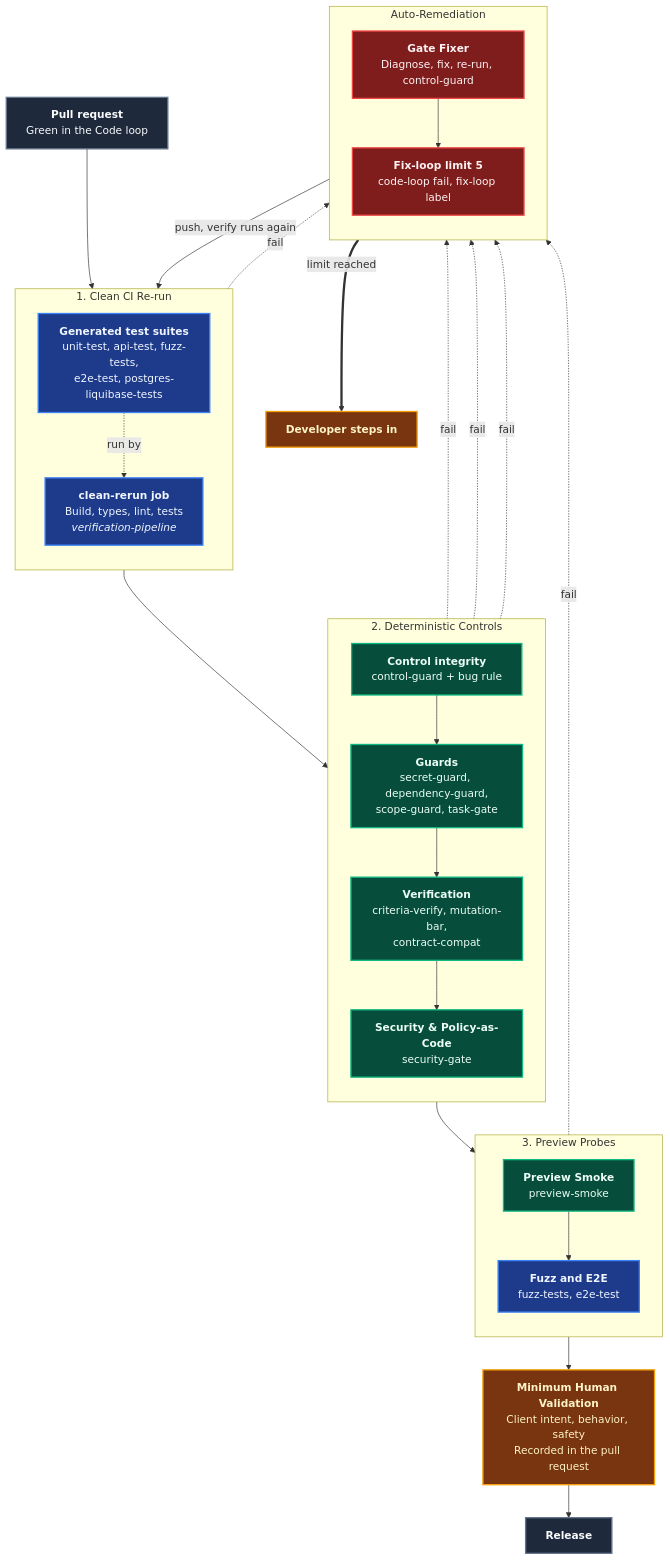
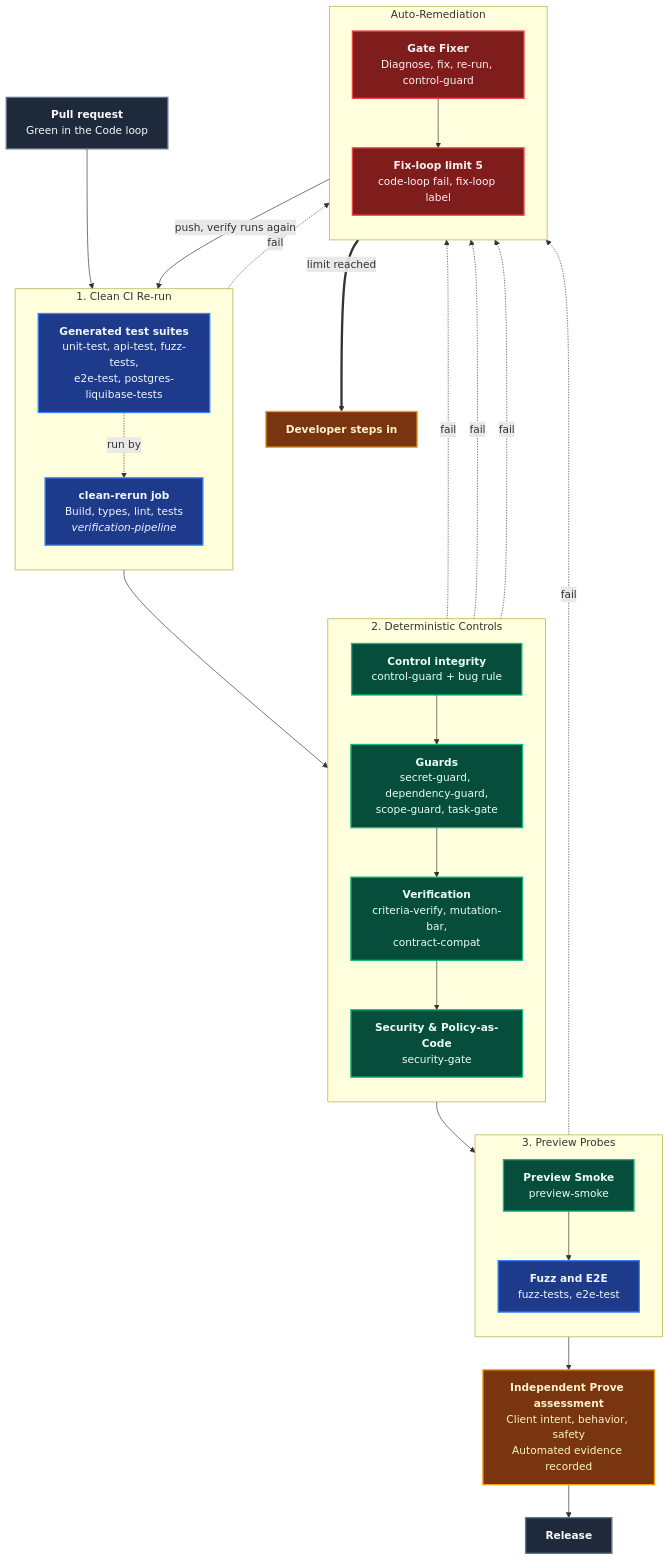
Before and after one commit to ALTEN-group/coding-pal: the first of 4 diagrams in website/docs/guide/domain-prove.md, drawn with Mermaid. The commit also changed other lines of this file and 45 other files, not shown here.

````diff
--- a/website/docs/guide/domain-prove.md
+++ b/website/docs/guide/domain-prove.md
@@ -12,60 +12,60 @@
 ```mermaid
 ---
-caption: Prove Controls, Auto-Remediation and Human Validation
+caption: Prove Controls, Auto-Remediation and Independent Assessment
 ---
 flowchart TD
     PR["<b>Pull request</b><br/>Green in the Code loop"]
 
     subgraph Rerun ["1. Clean CI Re-run"]
         direction TB
         CLEAN["<b>clean-rerun job</b><br/>Build, types, lint, tests<br/><i>verification-pipeline</i>"]
         TESTS["<b>Generated test suites</b><br/>unit-test, api-test, fuzz-tests,<br/>e2e-test, postgres-liquibase-tests"]
     end
 
     subgraph Controls ["2. Deterministic Controls"]
         direction TB
         INTEG["<b>Control integrity</b><br/>control-guard + bug rule"]
         GUARDS["<b>Guards</b><br/>secret-guard, dependency-guard,<br/>scope-guard, task-gate"]
         VERIF["<b>Verification</b><br/>criteria-verify, mutation-bar,<br/>contract-compat"]
         SEC["<b>Security & Policy-as-Code</b><br/>security-gate"]
     end
 
     subgraph Preview ["3. Preview Probes"]
         direction TB
         SMOKE["<b>Preview Smoke</b><br/>preview-smoke"]
         PROBES["<b>Fuzz and E2E</b><br/>fuzz-tests, e2e-test"]
     end
 
     subgraph Fix ["Auto-Remediation"]
         direction TB
         GF["<b>Gate Fixer</b><br/>Diagnose, fix, re-run, control-guard"]
         LIM["<b>Fix-loop limit 5</b><br/>code-loop fail, fix-loop label"]
     end
 
-    HUMAN["<b>Minimum Human Validation</b><br/>Client intent, behavior, safety<br/>Recorded in the pull request"]
+    HUMAN["<b>Independent Prove assessment</b><br/>Client intent, behavior, safety<br/>Automated evidence recorded"]
     REL["<b>Release</b>"]
 
     PR --> CLEAN
     TESTS -.->|"run by"| CLEAN
     CLEAN --> INTEG --> GUARDS --> VERIF --> SEC --> SMOKE --> PROBES --> HUMAN --> REL
     CLEAN -.->|"fail"| GF
     INTEG -.->|"fail"| GF
     VERIF -.->|"fail"| GF
     SEC -.->|"fail"| GF
     SMOKE -.->|"fail"| GF
     GF -->|"push, verify runs again"| CLEAN
     GF --> LIM
     LIM ==>|"limit reached"| DEV["<b>Developer steps in</b>"]
 
     classDef stage fill:#1e3a8a,stroke:#3b82f6,stroke-width:2px,color:#eff6ff;
     classDef control fill:#064e3b,stroke:#10b981,stroke-width:2px,color:#ecfdf5;
     classDef input fill:#1e293b,stroke:#64748b,stroke-width:2px,color:#f8fafc;
     classDef human fill:#78350f,stroke:#f59e0b,stroke-width:2px,color:#fef3c7;
     classDef fix fill:#7f1d1d,stroke:#ef4444,stroke-width:2px,color:#fef2f2;
 
     class PR,REL input;
     class CLEAN,TESTS,PROBES stage;
     class INTEG,GUARDS,VERIF,SEC,SMOKE control;
     class GF,LIM fix;
     class HUMAN,DEV human;
 ```
````
